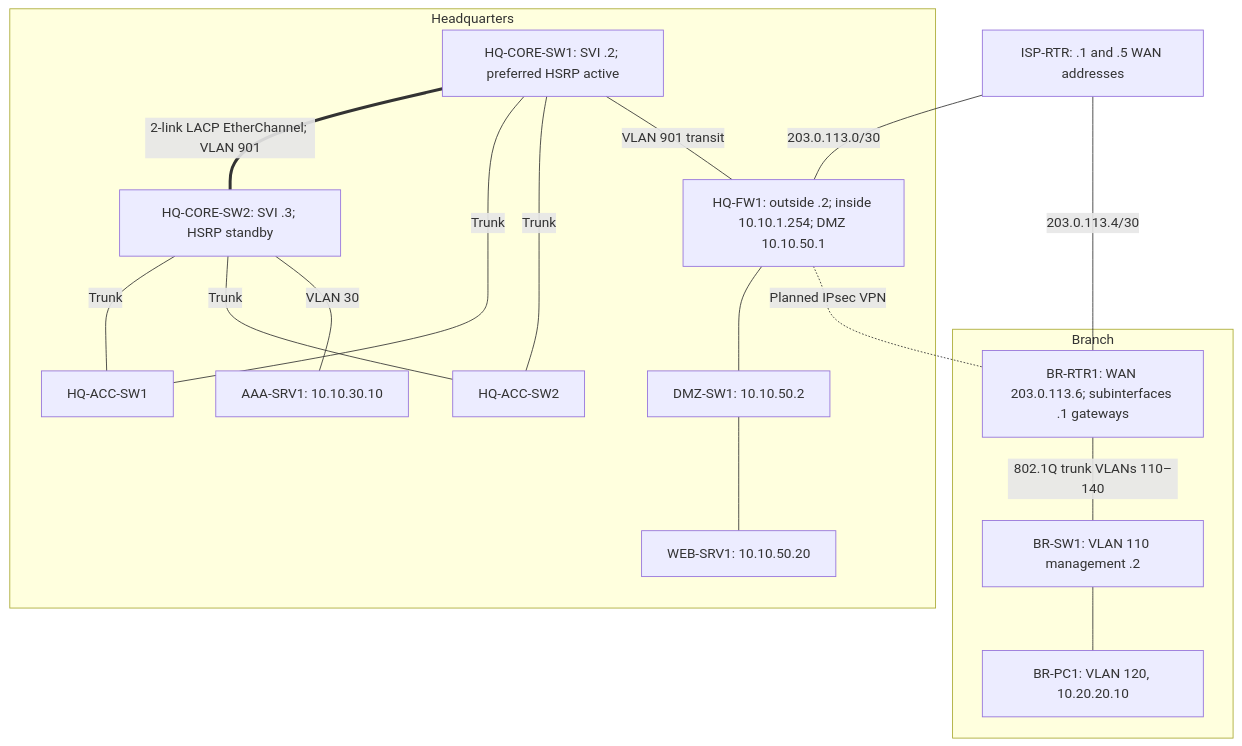
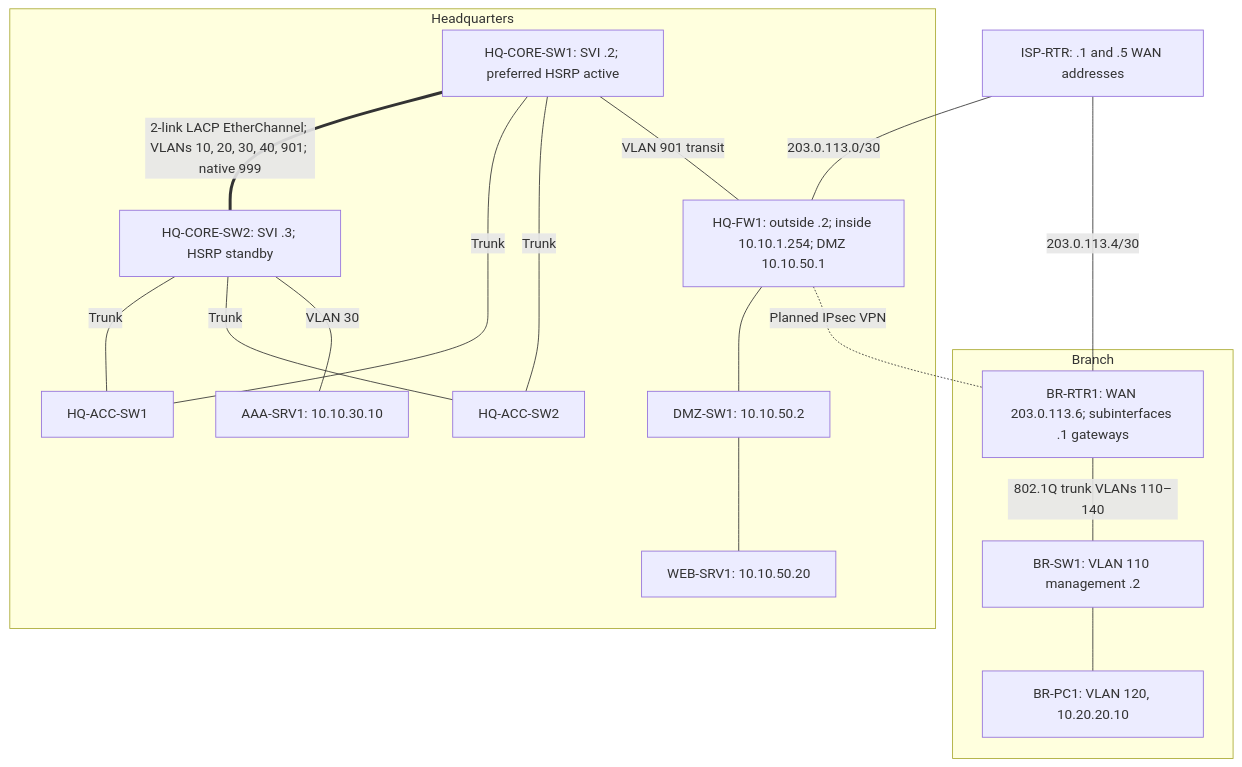
The diagram in docs/network-design.md (Ayomide-Akano/Secure-Enterprise-Network-Lab), drawn with Mermaid before and after one commit. The commit also changed other lines of this file, not shown here.

Commit message:
Make trunk allowed VLANs explicit in port map and topology

```diff
--- a/docs/network-design.md
+++ b/docs/network-design.md
@@ -76,32 +76,32 @@
 ~~~mermaid
 flowchart TB
   ISP["ISP-RTR: .1 and .5 WAN addresses"]
   subgraph HQ["Headquarters"]
     FW["HQ-FW1: outside .2; inside 10.10.1.254; DMZ 10.10.50.1"]
     C1["HQ-CORE-SW1: SVI .2; preferred HSRP active"]
     C2["HQ-CORE-SW2: SVI .3; HSRP standby"]
     A1["HQ-ACC-SW1"]
     A2["HQ-ACC-SW2"]
     DSW["DMZ-SW1: 10.10.50.2"]
     WEB["WEB-SRV1: 10.10.50.20"]
     AAA["AAA-SRV1: 10.10.30.10"]
-    C1 ===|"2-link LACP EtherChannel; VLAN 901"| C2
+    C1 ===|"2-link LACP EtherChannel; VLANs 10, 20, 30, 40, 901; native 999"| C2
     C1 ---|"Trunk"| A1
     C1 ---|"Trunk"| A2
     C2 ---|"Trunk"| A1
     C2 ---|"Trunk"| A2
     C1 ---|"VLAN 901 transit"| FW
     FW --- DSW --- WEB
     C2 ---|"VLAN 30"| AAA
   end
   subgraph BRANCH["Branch"]
     BRR["BR-RTR1: WAN 203.0.113.6; subinterfaces .1 gateways"]
     BSW["BR-SW1: VLAN 110 management .2"]
     BPC["BR-PC1: VLAN 120, 10.20.20.10"]
     BRR ---|"802.1Q trunk VLANs 110–140"| BSW
     BSW --- BPC
   end
   ISP ---|"203.0.113.0/30"| FW
   ISP ---|"203.0.113.4/30"| BRR
   FW -. "Planned IPsec VPN" .- BRR
 ~~~
```
